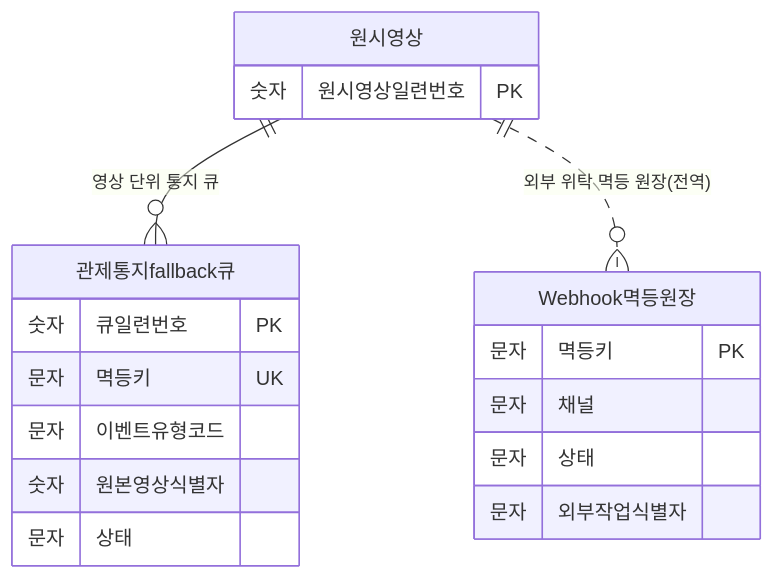
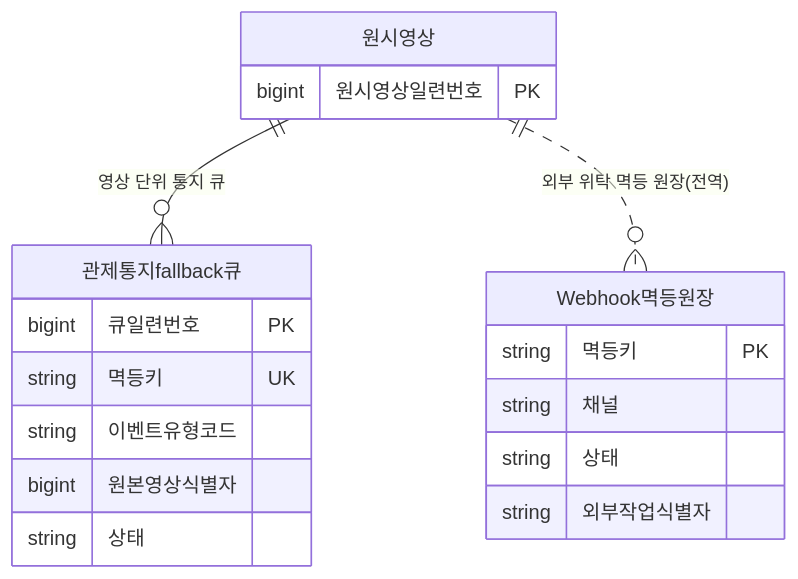
One commit to New-stella/klid-label changed diagram 11 of 14 in docs/0705/D8-엔티티관계모형설계서.md. Above: the diagram before and after it, drawn with Mermaid. The commit also changed other lines of this file and 1 other file, not shown here.

First line of the commit message:
docs(D8): §2 속성명 한글화 + §1 ERD 타입 물리 원형 복원

````diff
--- a/docs/0705/D8-엔티티관계모형설계서.md
+++ b/docs/0705/D8-엔티티관계모형설계서.md
@@ -411,24 +411,24 @@
 ```mermaid
 erDiagram
     원시영상 ||--o{ 관제통지fallback큐 : "영상 단위 통지 큐"
     원시영상 ||..o{ Webhook멱등원장 : "외부 위탁 멱등 원장(전역)"
     원시영상 {
         %% class: LsDataRaw (KLID-AT-DC-012)
-        숫자 원시영상일련번호 PK
+        bigint 원시영상일련번호 PK
     }
     관제통지fallback큐 {
         %% class: - ※ (D1 미정의 · 통지 영속 큐 인프라 엔티티)
-        숫자 큐일련번호 PK
-        문자 멱등키 UK
-        문자 이벤트유형코드
-        숫자 원본영상식별자
-        문자 상태
+        bigint 큐일련번호 PK
+        string 멱등키 UK
+        string 이벤트유형코드
+        bigint 원본영상식별자
+        string 상태
     }
     Webhook멱등원장 {
         %% class: - ※ (D1 미정의 · 멱등 원장 인프라 엔티티)
-        문자 멱등키 PK
-        문자 채널
-        문자 상태
-        문자 외부작업식별자
+        string 멱등키 PK
+        string 채널
+        string 상태
+        string 외부작업식별자
     }
 ```
````
